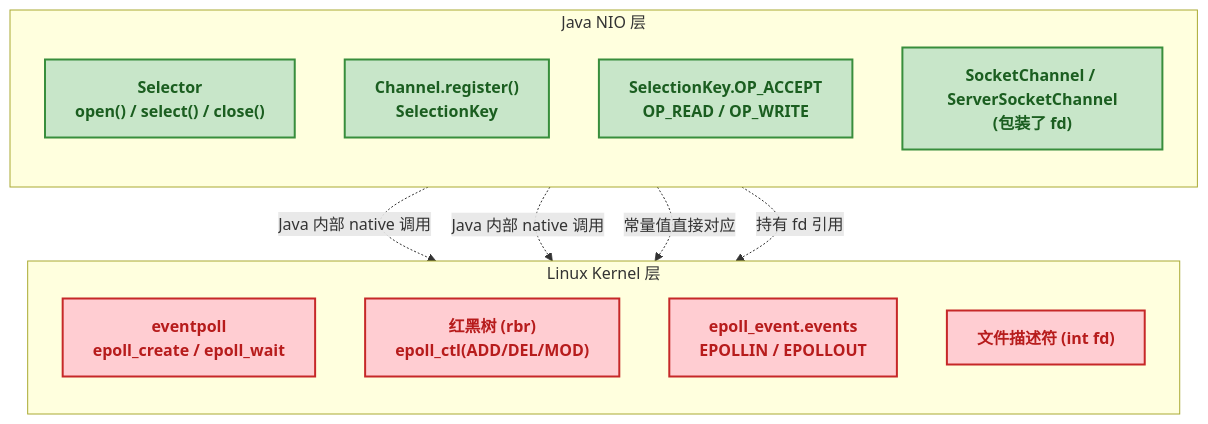
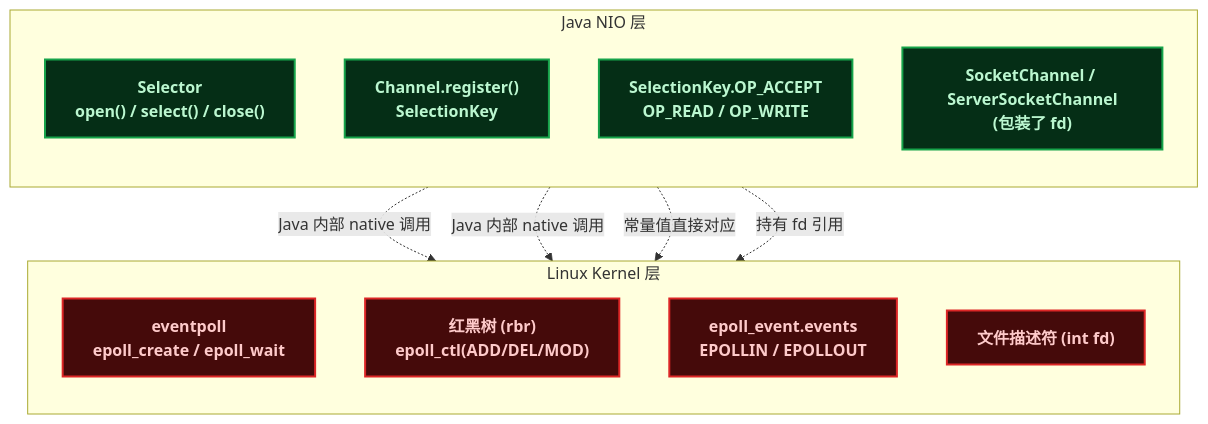
Before and after one commit to yaocat55/yaocat55.github.io: the tenth of 11 diagrams in content/posts/io/JavaNIO.md, drawn with Mermaid. The commit also changed other lines of this file and 155 other files, not shown here.

````diff
--- a/content/posts/io/JavaNIO.md
+++ b/content/posts/io/JavaNIO.md
@@ -971,37 +971,37 @@
 ```mermaid
 flowchart TD
     %% ==========================================
     %% 样式定义
     %% ==========================================
-    classDef java fill:#C8E6C9,stroke:#388E3C,stroke-width:2px,color:#1B5E20,font-weight:bold;
-    classDef kernel fill:#FFCDD2,stroke:#C62828,stroke-width:2px,color:#B71C1C,font-weight:bold;
-    classDef event fill:#BBDEFB,stroke:#1976D2,stroke-width:1.5px,color:#0D47A1,font-weight:bold;
-    classDef note fill:#FFF9C4,stroke:#F9A825,stroke-width:1px,color:#5D4037;
+classDef java fill:#052e16,stroke:#16a34a,stroke-width:2px,color:#bbf7d0,font-weight:bold;
+classDef kernel fill:#450a0a,stroke:#dc2626,stroke-width:2px,color:#fecaca,font-weight:bold;
+classDef event fill:#0f172a,stroke:#3b82f6,stroke-width:1.5px,color:#bfdbfe,font-weight:bold;
+classDef note fill:#2d1a05,stroke:#f59e0b,stroke-width:1px,color:#fde68a;
 
     %% ==========================================
     %% Java NIO ↔ Linux epoll 映射
     %% ==========================================
     subgraph JAVA_SIDE ["Java NIO 层"]
         direction TB
         J_SEL["Selector\nopen() / select() / close()"]
         J_REG["Channel.register()\nSelectionKey"]
         J_EV["SelectionKey.OP_ACCEPT\nOP_READ / OP_WRITE"]
         J_FD["SocketChannel / ServerSocketChannel\n(包装了 fd)"]
     end
 
     subgraph KERNEL_SIDE ["Linux Kernel 层"]
         direction TB
         K_EPOLL["eventpoll\nepoll_create / epoll_wait"]
         K_CTL["红黑树 (rbr)\nepoll_ctl(ADD/DEL/MOD)"]
         K_EVENT["epoll_event.events\nEPOLLIN / EPOLLOUT"]
         K_FD["文件描述符 (int fd)"]
     end
 
     J_SEL -.->|"Java 内部 native 调用"| K_EPOLL
     J_REG -.->|"Java 内部 native 调用"| K_CTL
     J_EV -.->|"常量值直接对应"| K_EVENT
     J_FD -.->|"持有 fd 引用"| K_FD
 
     class J_SEL,J_REG,J_EV,J_FD java;
     class K_EPOLL,K_CTL,K_EVENT,K_FD kernel;
 ```
````
